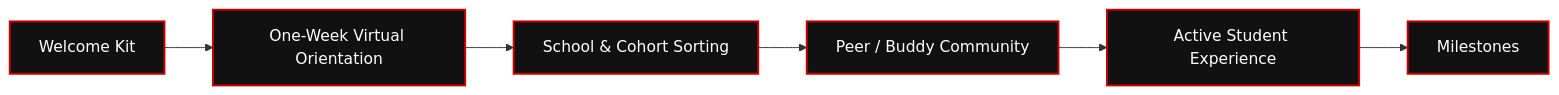
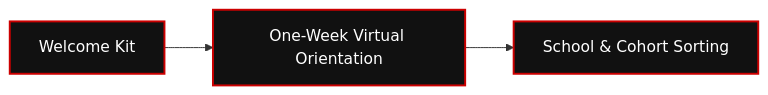
One commit to RIAHPathway/Website-Draft changed the first of 2 diagrams in RIAH-PATHWAY-WEBSITE-WIREFRAMES-STRUCTURE/11. ADMISSIONS/11.5-ONBOARDING-AND-STUDENT-EXPERIENCE-WIREFRAME.md. Above: the diagram before and after it, drawn with Mermaid. The commit also changed other lines of this file, not shown here.

Commit message:
RIAH Pathway.

````diff
--- a/RIAH-PATHWAY-WEBSITE-WIREFRAMES-STRUCTURE/11. ADMISSIONS/11.5-ONBOARDING-AND-STUDENT-EXPERIENCE-WIREFRAME.md
+++ b/RIAH-PATHWAY-WEBSITE-WIREFRAMES-STRUCTURE/11. ADMISSIONS/11.5-ONBOARDING-AND-STUDENT-EXPERIENCE-WIREFRAME.md
@@ -316,16 +30,10 @@
 ```mermaid
 flowchart LR
     N0["Welcome Kit"]
     N1["One-Week Virtual Orientation"]
     N2["School & Cohort Sorting"]
-    N3["Peer / Buddy Community"]
-    N4["Active Student Experience"]
-    N5["Milestones"]
     N0 --> N1
     N1 --> N2
-    N2 --> N3
-    N3 --> N4
-    N4 --> N5
     classDef riah fill:#111111,stroke:#CC0000,color:#FFFFFF,stroke-width:2px;
-    class N0,N1,N2,N3,N4,N5 riah;
+    class N0,N1,N2 riah;
 ```
````
